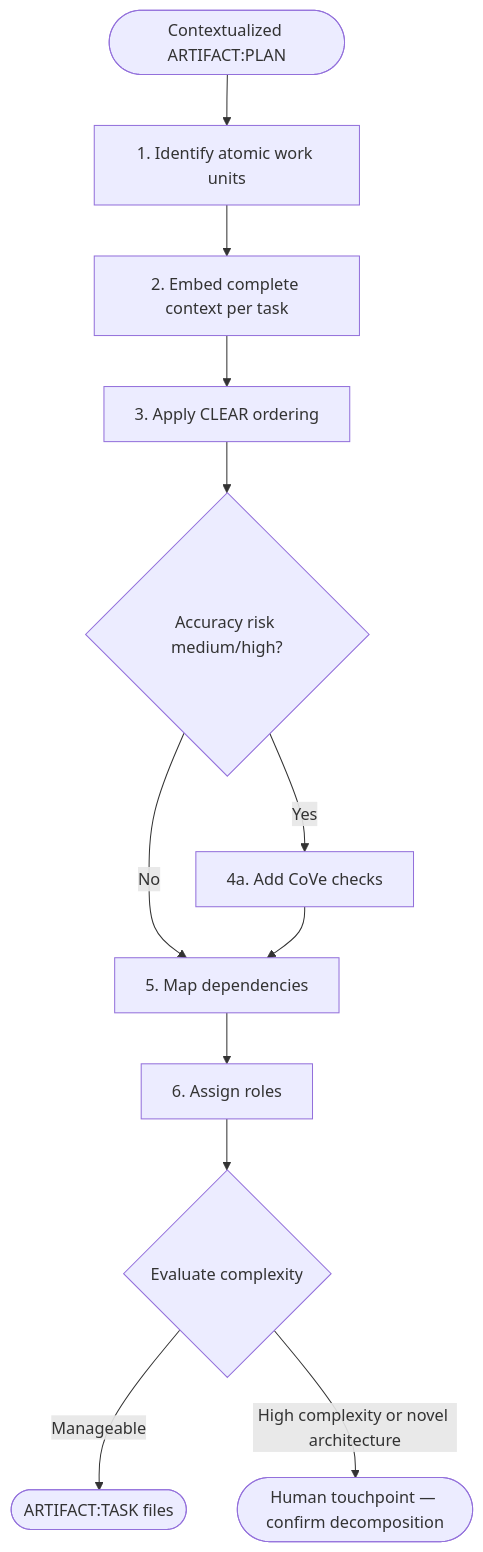
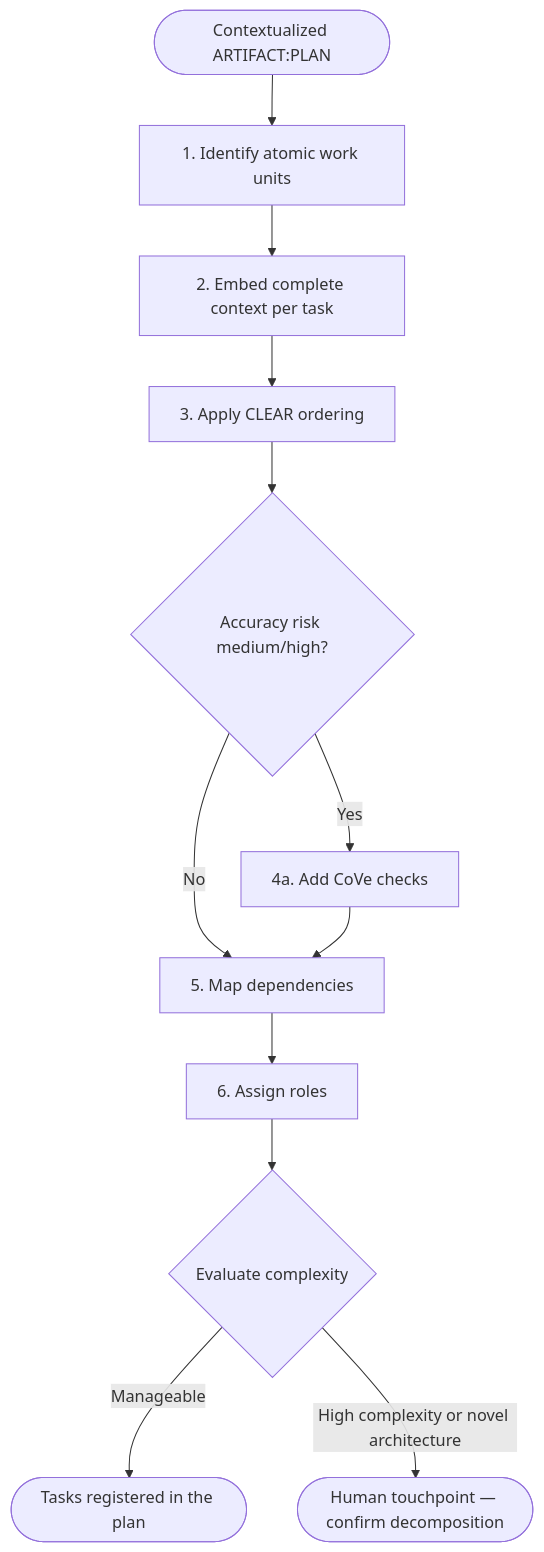
The first of 2 diagrams in plugins/development-harness/skills/task-decomposition/SKILL.md (Jamie-BitFlight/claude_skills), drawn with Mermaid before and after one commit. The commit also changed other lines of this file and 5 other files, not shown here.

First line of the commit message:
refactor(development-harness): replace plan-file authoring model with the plan and artifact operations

````diff
--- a/plugins/development-harness/skills/task-decomposition/SKILL.md
+++ b/plugins/development-harness/skills/task-decomposition/SKILL.md
@@ -23,14 +23,14 @@
 ```mermaid
 flowchart TD
     Start([Contextualized ARTIFACT:PLAN]) --> A1[1. Identify atomic work units]
     A1 --> A2[2. Embed complete context per task]
     A2 --> A3[3. Apply CLEAR ordering]
     A3 --> A4{Accuracy risk medium/high?}
     A4 -->|Yes| CoVe[4a. Add CoVe checks]
     A4 -->|No| A5[4b. Skip CoVe]
     CoVe --> A5[5. Map dependencies]
     A5 --> A6[6. Assign roles]
     A6 --> Gate{Evaluate complexity}
-    Gate -->|Manageable| Done([ARTIFACT:TASK files])
+    Gate -->|Manageable| Done([Tasks registered in the plan])
     Gate -->|High complexity or novel architecture| Escalate([Human touchpoint — confirm decomposition])
 ```
````
